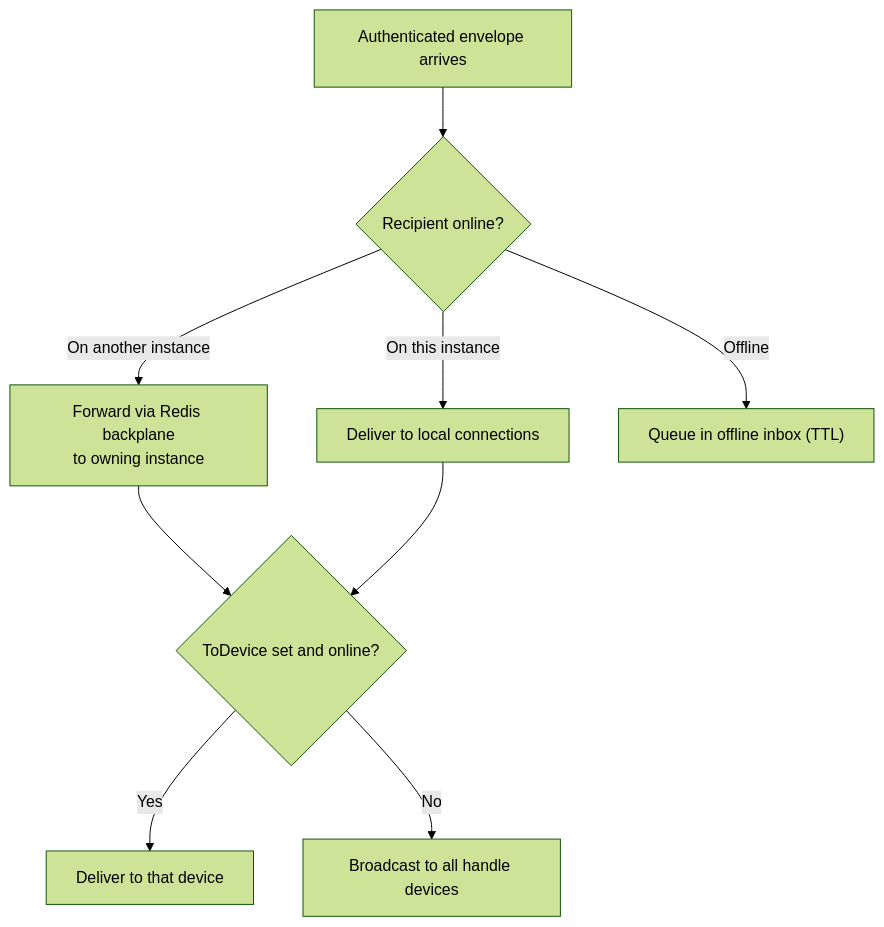
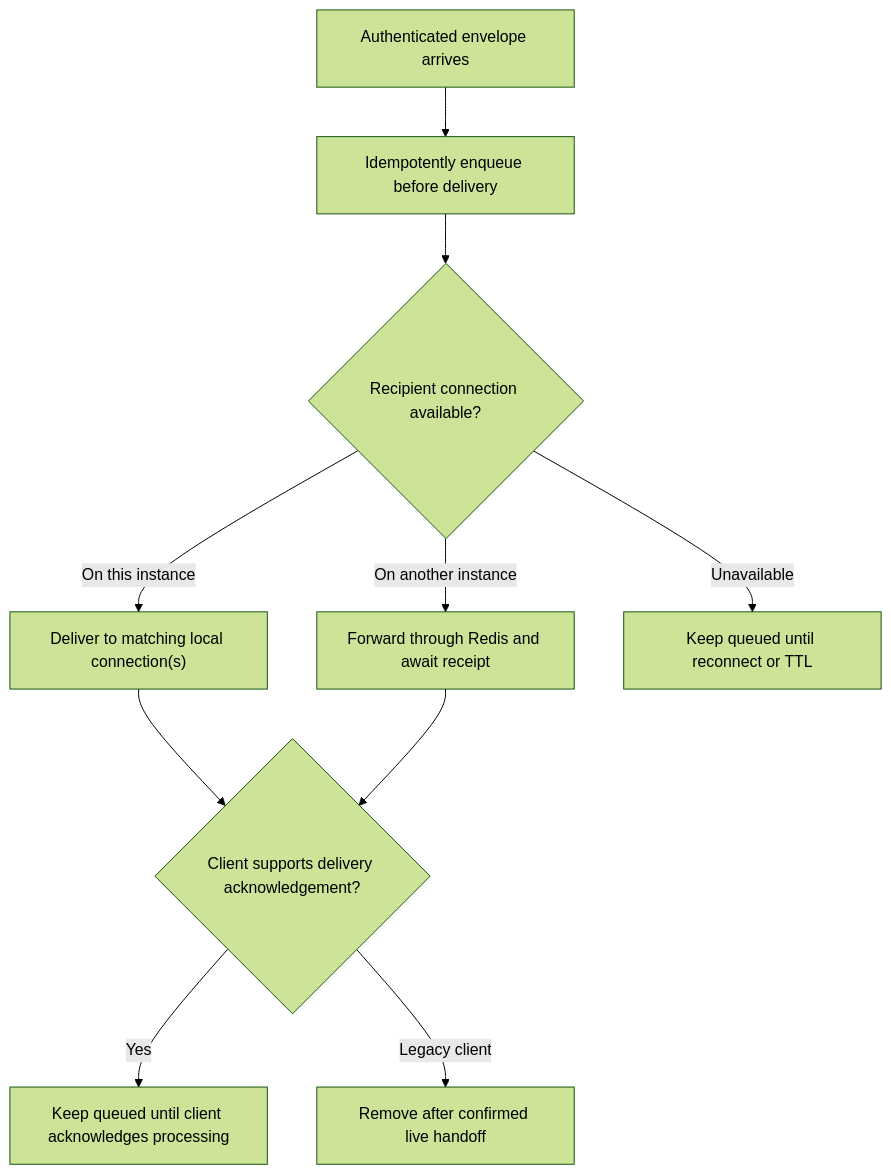
The seventh of 10 diagrams in docs/ARCHITECTURE-AND-SECURITY.md (ilyafainberg/Mesh), drawn with Mermaid (forest theme) before and after one commit. The commit also changed other lines of this file and 39 other files, not shown here.

Commit message:
Make device delivery durable and cancellable

````diff
--- a/docs/ARCHITECTURE-AND-SECURITY.md
+++ b/docs/ARCHITECTURE-AND-SECURITY.md
@@ -398,11 +400,12 @@
 ```mermaid
 flowchart TD
-    In["Authenticated envelope arrives"] --> Check{"Recipient online?"}
-    Check -->|"On this instance"| Local["Deliver to local connections"]
-    Check -->|"On another instance"| Fwd["Forward via Redis backplane<br/>to owning instance"]
-    Check -->|"Offline"| Q["Queue in offline inbox (TTL)"]
-    Fwd --> Dev{"ToDevice set and online?"}
-    Local --> Dev
-    Dev -->|"Yes"| Directed["Deliver to that device"]
-    Dev -->|"No"| Broadcast["Broadcast to all handle devices"]
+    In["Authenticated envelope arrives"] --> Q["Idempotently enqueue before delivery"]
+    Q --> Check{"Recipient connection available?"}
+    Check -->|"On this instance"| Local["Deliver to matching local connection(s)"]
+    Check -->|"On another instance"| Fwd["Forward through Redis and await receipt"]
+    Check -->|"Unavailable"| Keep["Keep queued until reconnect or TTL"]
+    Local --> Ack{"Client supports delivery acknowledgement?"}
+    Fwd --> Ack
+    Ack -->|"Yes"| Wait["Keep queued until client acknowledges processing"]
+    Ack -->|"Legacy client"| Remove["Remove after confirmed live handoff"]
 ```
````
